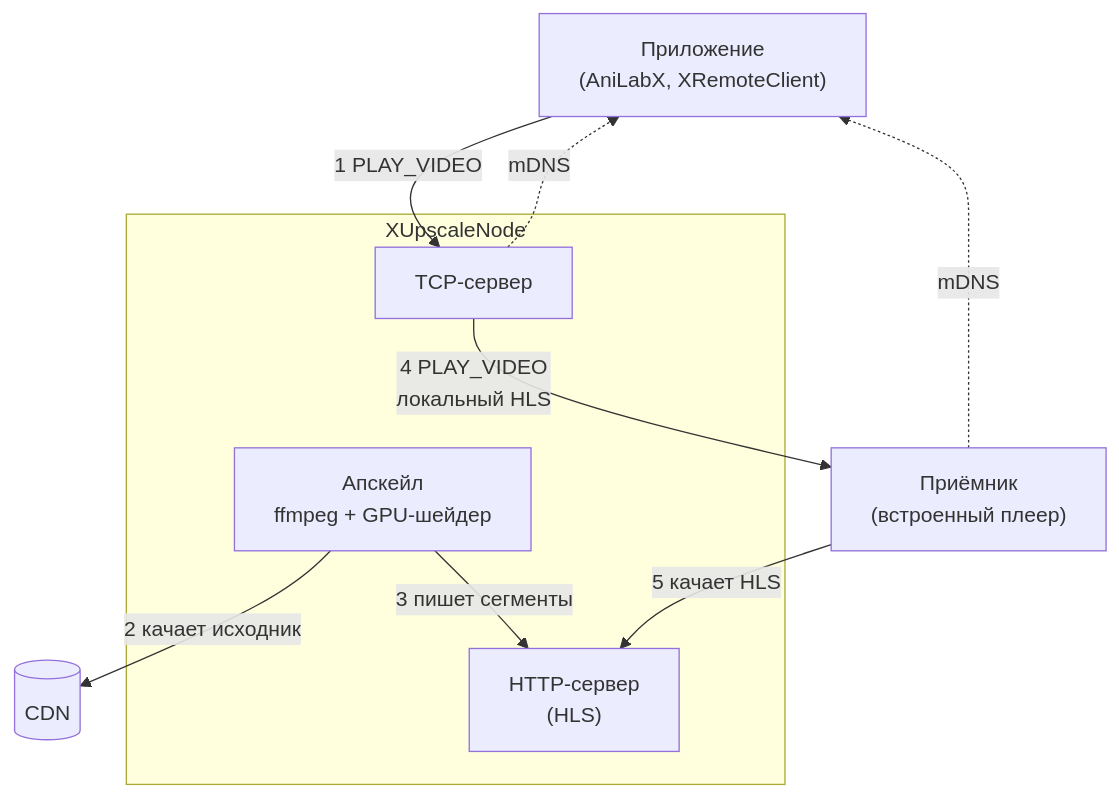
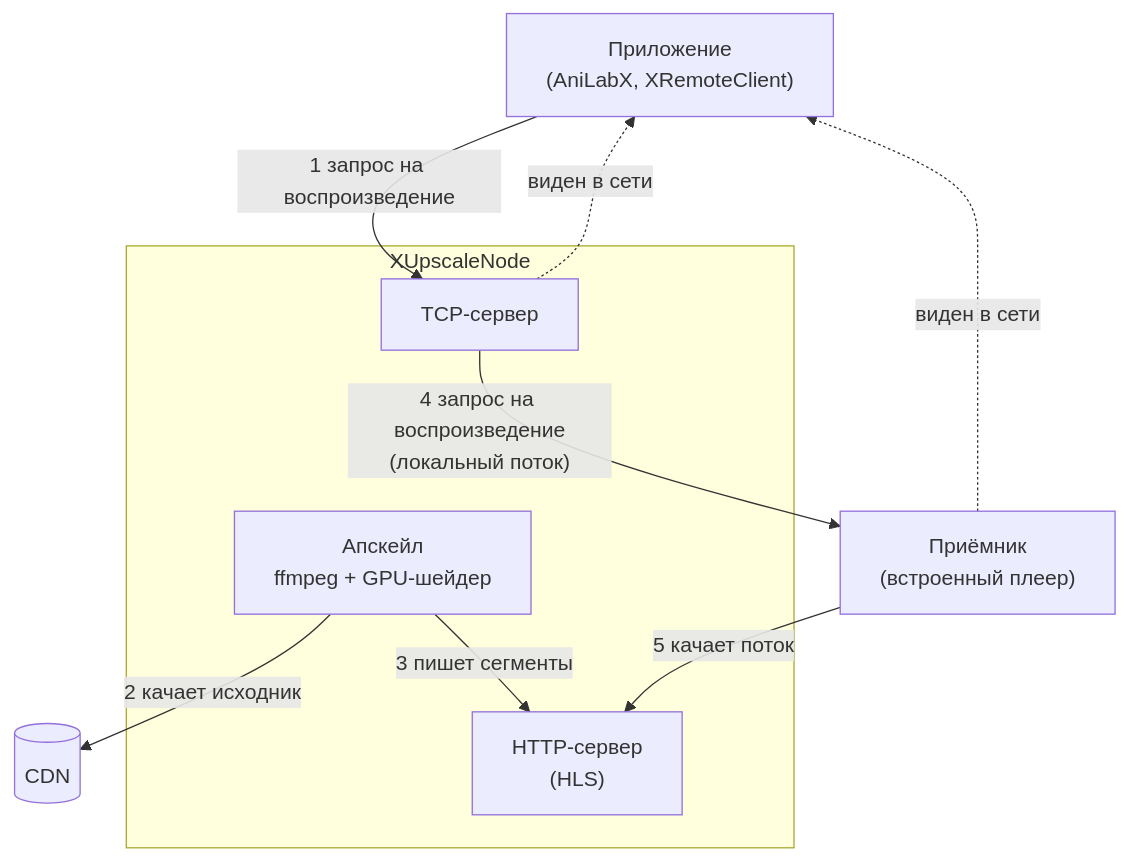
The first of 2 diagrams in README.md (ItsRainingToday/XUpscaleNode), drawn with Mermaid before and after one commit.

Commit message:
docs: use plain-language labels instead of protocol tag names in the diagram
"mDNS" and "PLAY_VIDEO" don't mean anything to a reader unfamiliar with
the protocol - replaced with what those messages actually do.

````diff
--- a/README.md
+++ b/README.md
@@ -33,20 +33,20 @@
 ```mermaid
 flowchart TD
     A["Приложение\n(AniLabX, XRemoteClient)"]
     E["Приёмник\n(встроенный плеер)"]
     F[("CDN")]
 
     subgraph node["XUpscaleNode"]
         B["TCP-сервер"]
         C["Апскейл\nffmpeg + GPU-шейдер"]
         D["HTTP-сервер\n(HLS)"]
     end
 
-    B -.mDNS.-> A
-    E -.mDNS.-> A
-    A -- "1 PLAY_VIDEO" --> B
+    B -. "виден в сети" .-> A
+    E -. "виден в сети" .-> A
+    A -- "1 запрос на воспроизведение" --> B
     C -- "2 качает исходник" --> F
     C -- "3 пишет сегменты" --> D
-    B -- "4 PLAY_VIDEO\nлокальный HLS" --> E
-    E -- "5 качает HLS" --> D
+    B -- "4 запрос на воспроизведение\n(локальный поток)" --> E
+    E -- "5 качает поток" --> D
 ```
````
